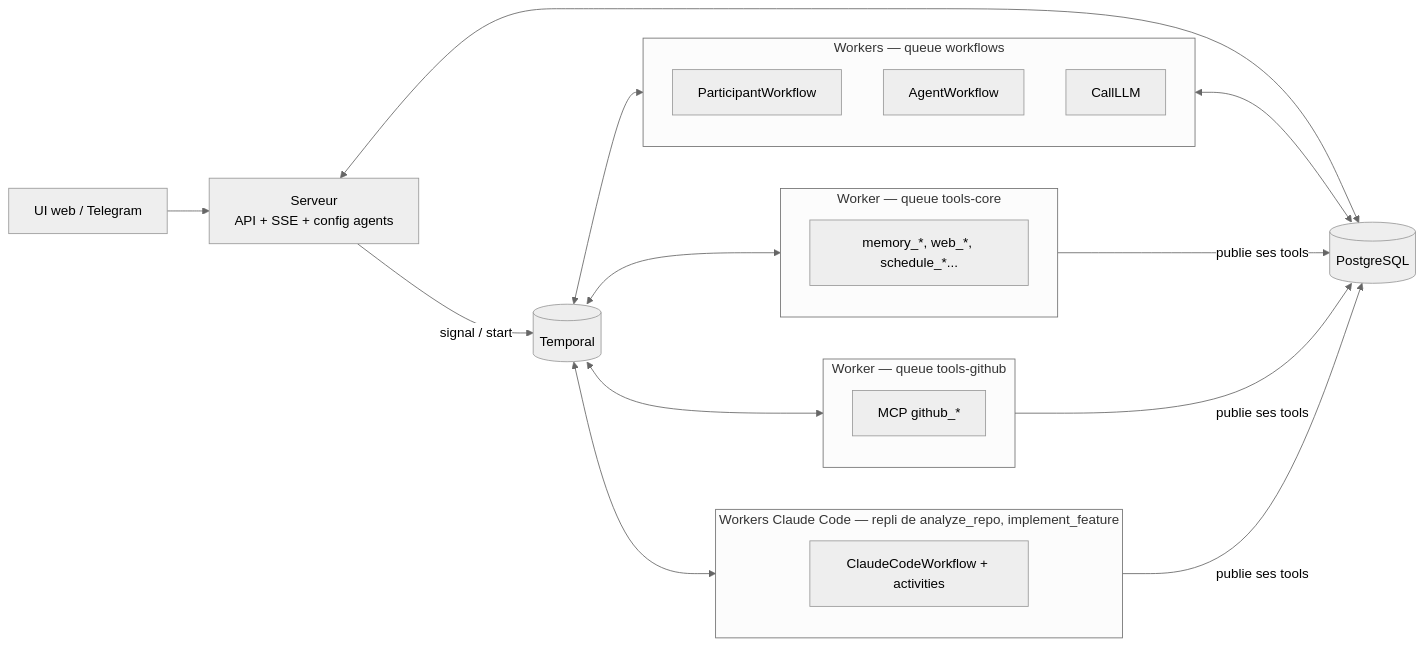
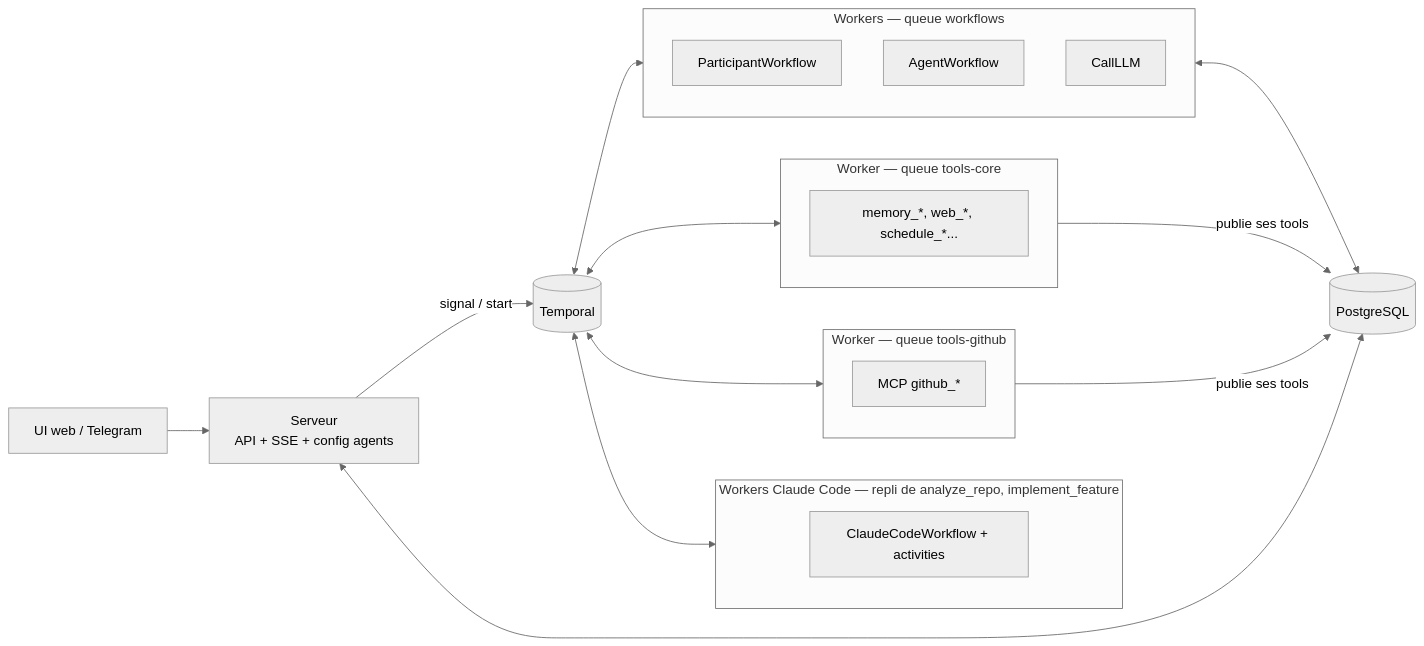
One commit to Victor118/temporal-agent changed the diagram in docs/architecture.md. Above: the diagram before and after it, drawn with Mermaid (neutral theme). The commit also changed other lines of this file and 3 other files, not shown here.

````diff
--- a/docs/architecture.md
+++ b/docs/architecture.md
@@ -65,33 +65,32 @@
 ```mermaid
 flowchart LR
     UI[UI web / Telegram] --> S[Serveur<br/>API + SSE + config agents]
     S -->|signal / start| T[(Temporal)]
     S <--> DB[(PostgreSQL)]
 
     subgraph WF[Workers — queue workflows]
         SW[ParticipantWorkflow]
         AW[AgentWorkflow]
         LLM[CallLLM]
     end
 
     subgraph TC[Worker — queue tools-core]
         TC1[memory_*, web_*, schedule_*...]
     end
 
     subgraph TG[Worker — queue tools-github]
         TG1[MCP github_*]
     end
 
     subgraph TCC[Workers Claude Code — repli de analyze_repo, implement_feature]
         TCC1[ClaudeCodeWorkflow + activities]
     end
 
     T <--> WF
     T <--> TC
     T <--> TG
     T <--> TCC
     WF <--> DB
     TC -->|publie ses tools| DB
     TG -->|publie ses tools| DB
-    TCC -->|publie ses tools| DB
 ```
````
